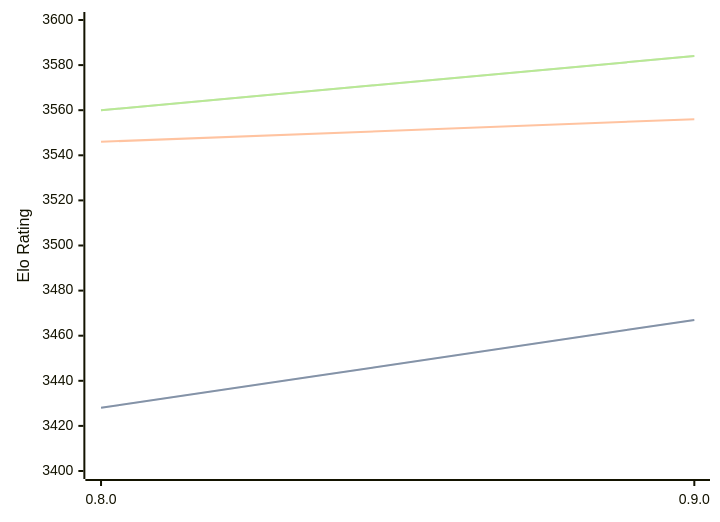
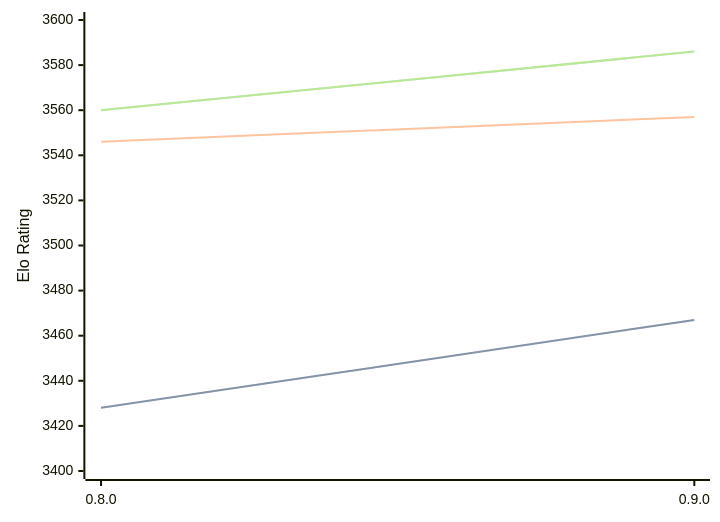
The third of 3 diagrams in engines/Reckless.md (computer-chess-index/cci), drawn with Mermaid before and after one commit. The commit also changed other lines of this file, not shown here.

Commit message:
Update CCI Ratings (ELO VLTC) - 2026-06-26

````diff
--- a/engines/Reckless.md
+++ b/engines/Reckless.md
@@ -72,11 +72,11 @@
 ```mermaid
 %%{init: {"theme":"base","themeVariables":{"seriesColors:['#a3a3a3','#222221','#faa371']}}}%%
 xychart-beta
   x-axis ["0.8.0", "0.9.0"]
   y-axis "Elo Rating" 3400 --> 3600
   line "STC (8.0+0.08s)" [3428, 3467]
   line "STC (8.0+0.08s)" [3428, 3467]
-  line "LTC (60.0+0.60s)" [3546, 3556]
-  line "VLTC (2m24s+1.12s)" [3560, 3584]
-  line "VLTC (2m24s+1.12s)" [3560, 3584]
+  line "LTC (60.0+0.60s)" [3546, 3557]
+  line "VLTC (2m24s+1.12s)" [3560, 3586]
+  line "VLTC (2m24s+1.12s)" [3560, 3586]
 ```
````
